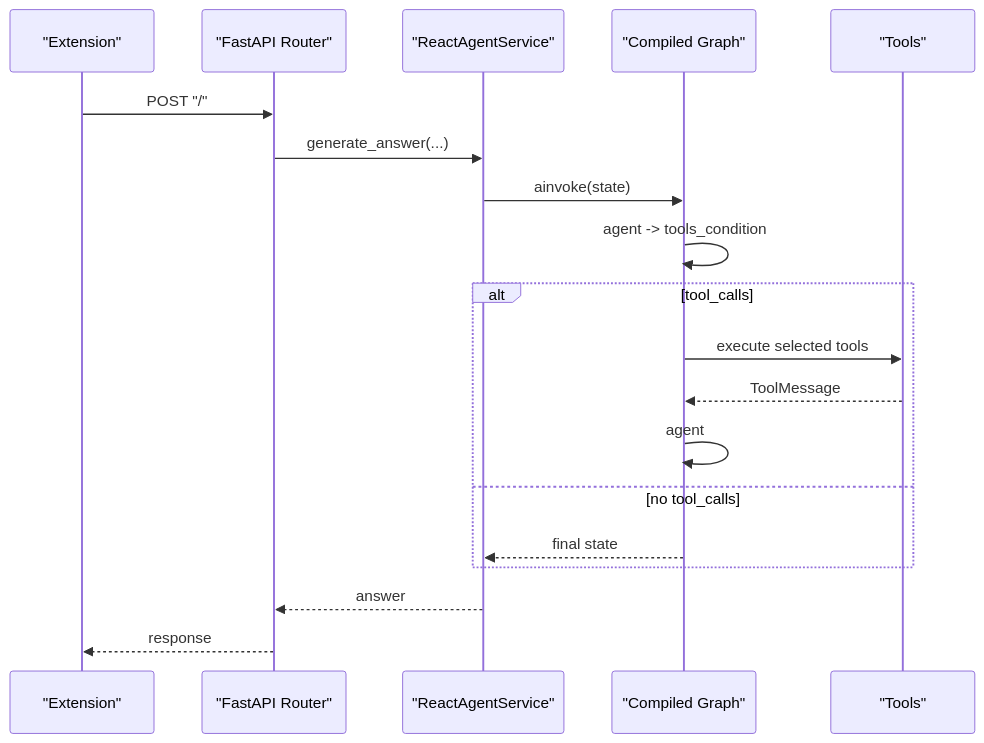
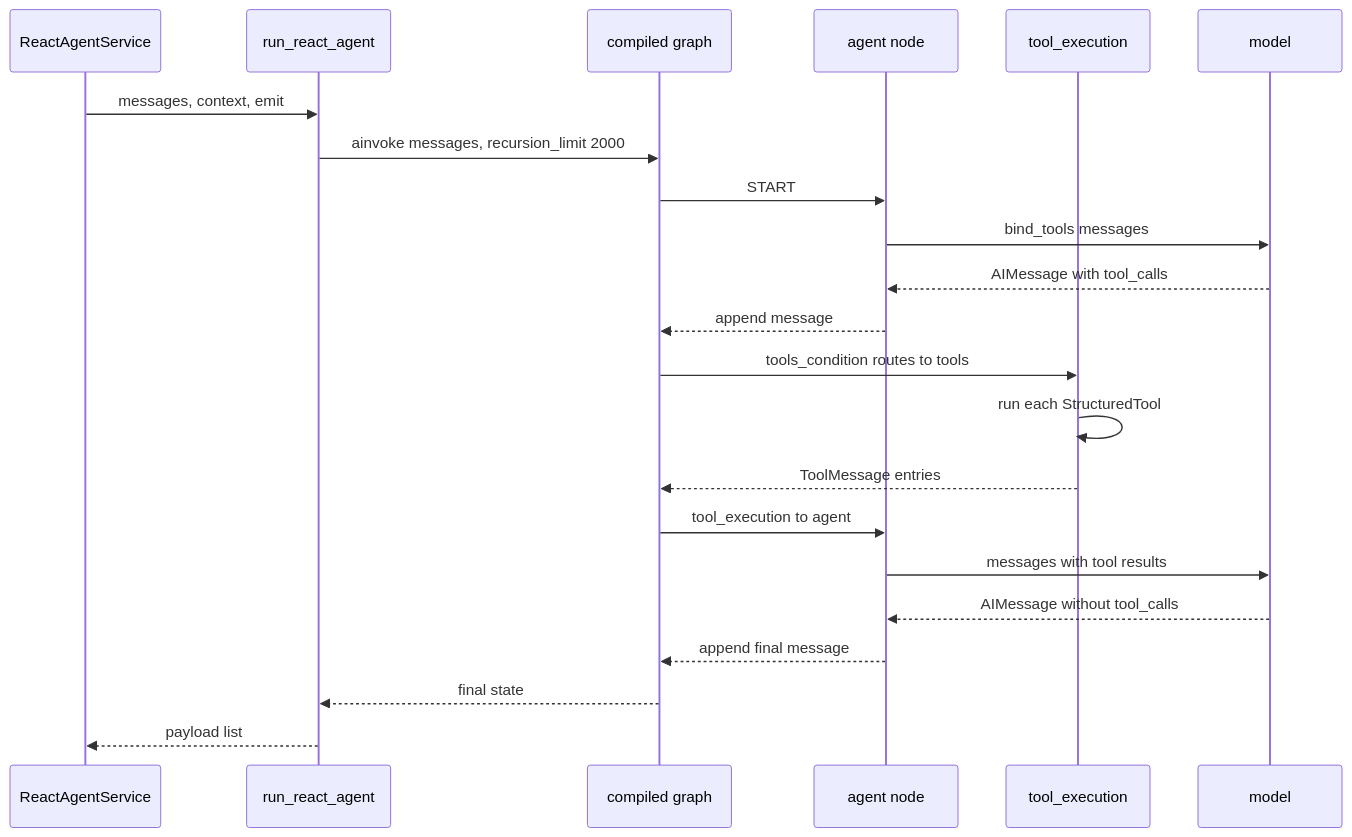
One commit to tashifkhan/tashif.codes changed the third of 6 diagrams in src/data/docs/agentic-browser/AI Agent System/Reactive Agent Architecture.md. Above: the diagram before and after it, drawn with Mermaid. The commit also changed other lines of this file and 114 other files, not shown here.

````diff
--- a/src/data/docs/agentic-browser/AI Agent System/Reactive Agent Architecture.md
+++ b/src/data/docs/agentic-browser/AI Agent System/Reactive Agent Architecture.md
@@ -149,21 +77,24 @@
 ```mermaid
 sequenceDiagram
-participant Ext as "Extension"
-participant API as "FastAPI Router"
-participant Svc as "ReactAgentService"
-participant G as "Compiled Graph"
-participant Tools as "Tools"
-Ext->>API : POST "/"
-API->>Svc : generate_answer(...)
-Svc->>G : ainvoke(state)
-G->>G : agent -> tools_condition
-alt tool_calls
-G->>Tools : execute selected tools
-Tools-->>G : ToolMessage
-G->>G : agent
-else no tool_calls
-G-->>Svc : final state
-end
-Svc-->>API : answer
-API-->>Ext : response
+  participant S as ReactAgentService
+  participant R as run_react_agent
+  participant G as compiled graph
+  participant A as agent node
+  participant T as tool_execution
+  participant M as model
+  S->>R: messages, context, emit
+  R->>G: ainvoke messages, recursion_limit 2000
+  G->>A: START
+  A->>M: bind_tools messages
+  M-->>A: AIMessage with tool_calls
+  A-->>G: append message
+  G->>T: tools_condition routes to tools
+  T->>T: run each StructuredTool
+  T-->>G: ToolMessage entries
+  G->>A: tool_execution to agent
+  A->>M: messages with tool results
+  M-->>A: AIMessage without tool_calls
+  A-->>G: append final message
+  G-->>R: final state
+  R-->>S: payload list
 ```
````
